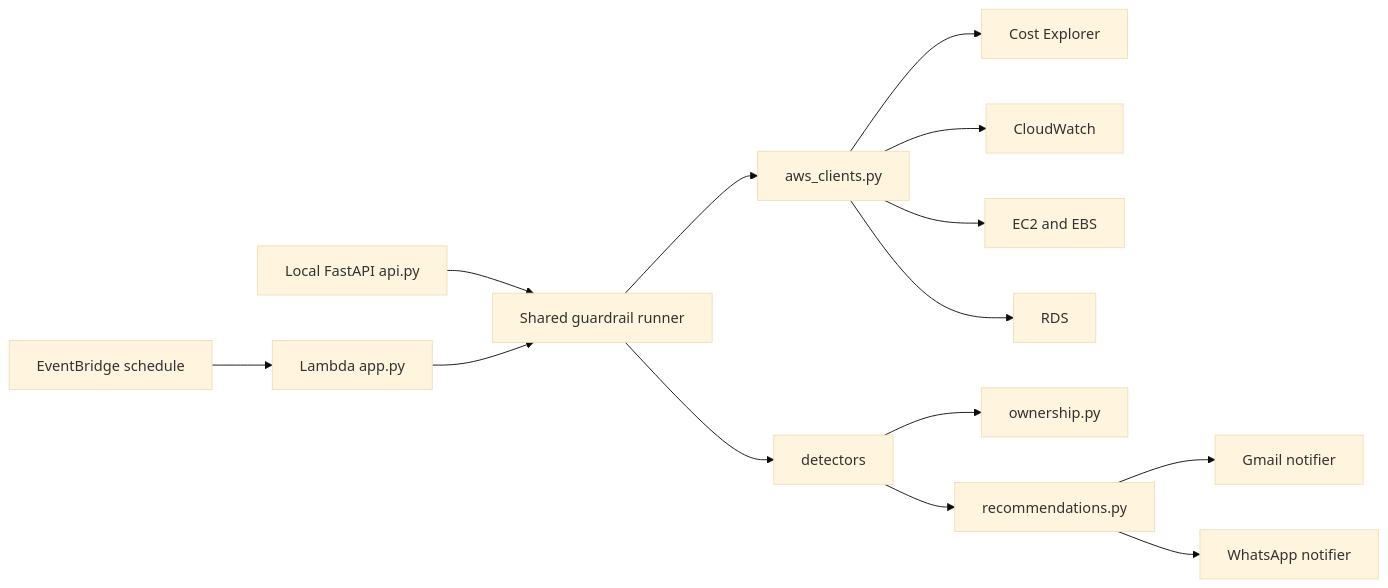
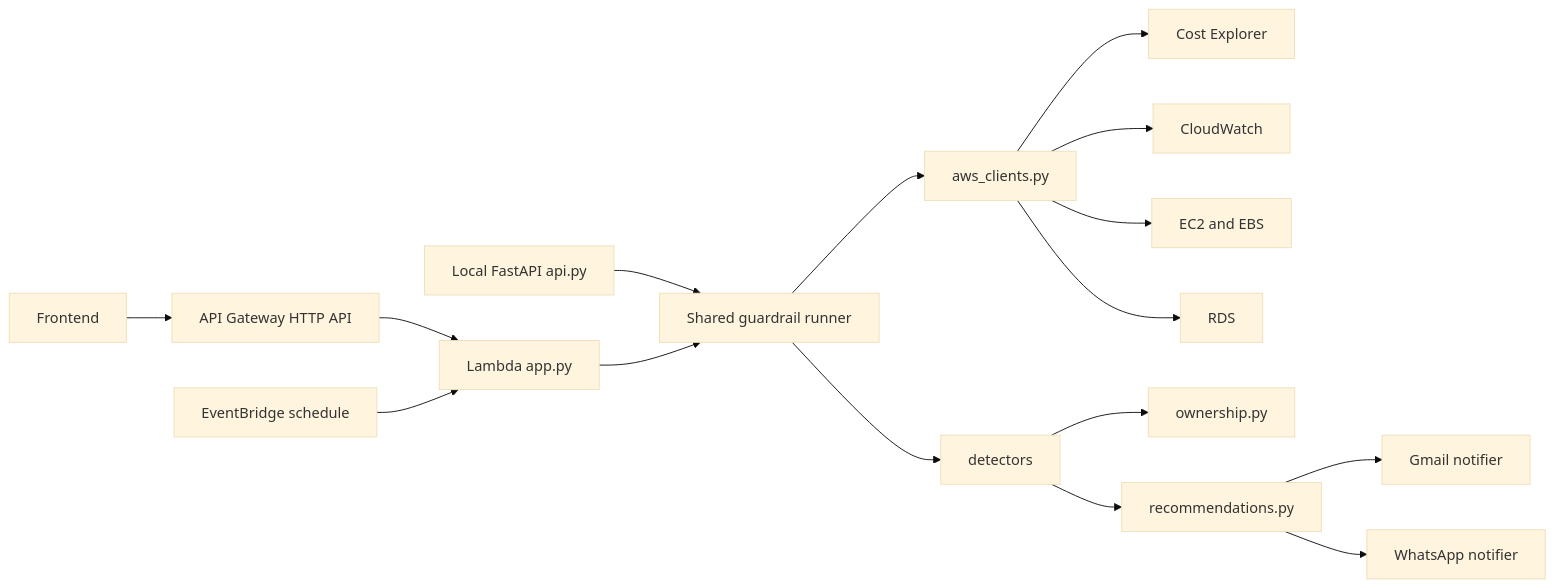
One commit to Rohit1204/cloud-cost-guardrail-analyzer changed the diagram in docs/architecture.md. Above: the diagram before and after it, drawn with Mermaid (base theme). The commit also changed other lines of this file and 10 other files, not shown here.

````diff
--- a/docs/architecture.md
+++ b/docs/architecture.md
@@ -7,16 +7,18 @@
 ```mermaid
 flowchart LR
+  Frontend["Frontend"] --> ApiGateway["API Gateway HTTP API"]
+  ApiGateway --> Lambda["Lambda app.py"]
   EventBridge["EventBridge schedule"] --> Lambda["Lambda app.py"]
   FastAPI["Local FastAPI api.py"] --> App["Shared guardrail runner"]
   Lambda --> App
   App --> AwsClients["aws_clients.py"]
   AwsClients --> CostExplorer["Cost Explorer"]
   AwsClients --> CloudWatch["CloudWatch"]
   AwsClients --> EC2["EC2 and EBS"]
   AwsClients --> RDS["RDS"]
   App --> Detectors["detectors"]
   Detectors --> Ownership["ownership.py"]
   Detectors --> Recommendations["recommendations.py"]
   Recommendations --> Gmail["Gmail notifier"]
   Recommendations --> WhatsApp["WhatsApp notifier"]
 ```
````
